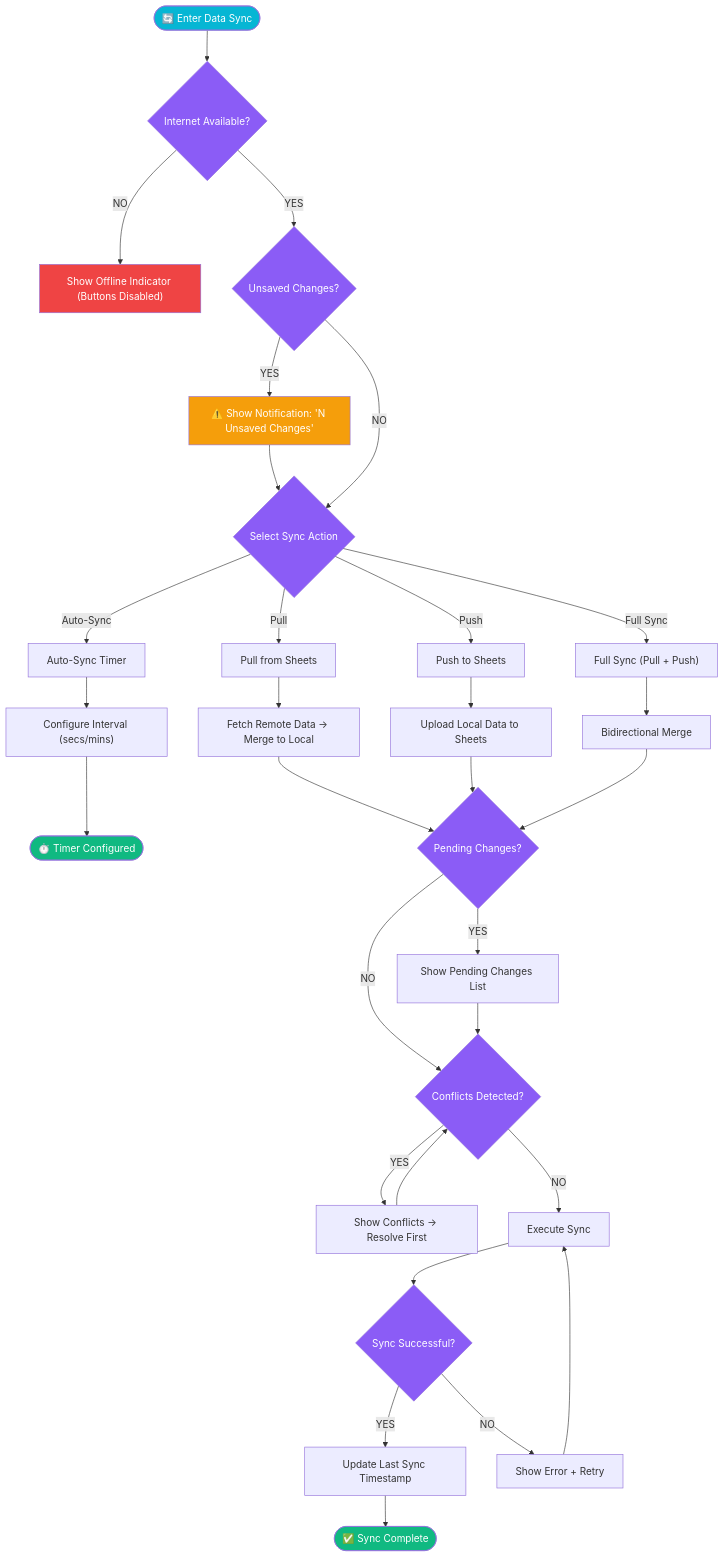
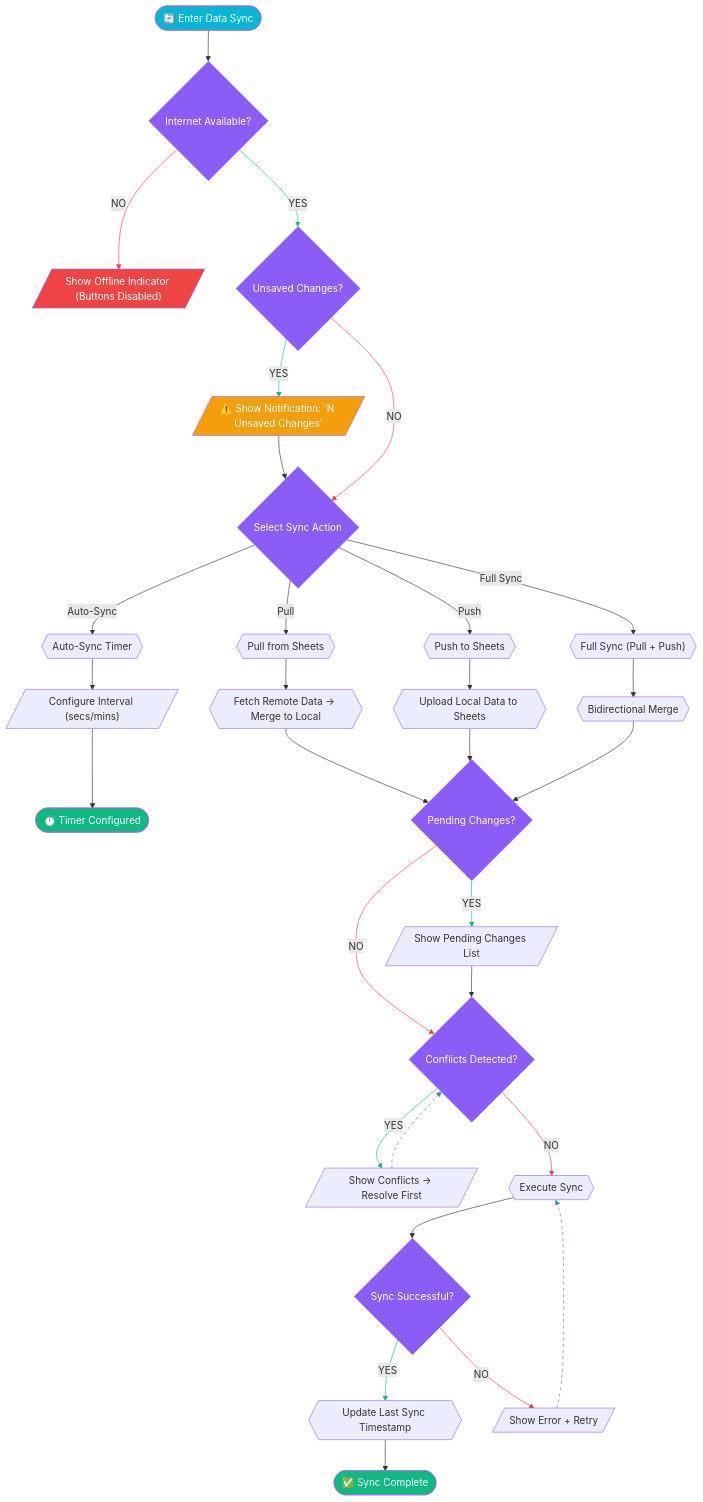
The seventh of 10 diagrams in docs/technical/alumni-db-flowcharts.md (rakuya-khun/alumni-db), drawn with Mermaid before and after one commit. The commit also changed other lines of this file, not shown here.

Commit message:
docs: flowchart mermaid markdown shape adjustment

````diff
--- a/docs/technical/alumni-db-flowcharts.md
+++ b/docs/technical/alumni-db-flowcharts.md
@@ -347,47 +378,59 @@
 ```mermaid
 flowchart TD
     A([🔄 Enter Data Sync]) --> B{Internet Available?}
-    B -- NO --> C["Show Offline Indicator (Buttons Disabled)"]
+    B -- NO --> C[/"Show Offline Indicator (Buttons Disabled)"/]
     B -- YES --> D{Unsaved Changes?}
-    D -- YES --> E["⚠️ Show Notification: 'N Unsaved Changes'"]
+    D -- YES --> E[/"⚠️ Show Notification: 'N Unsaved Changes'"/]
     E --> F
     D -- NO --> F{Select Sync Action}
 
-    F -- Pull --> G["Pull from Sheets"]
-    G --> H["Fetch Remote Data → Merge to Local"]
+    F -- Pull --> G{{"Pull from Sheets"}}
+    G --> H{{"Fetch Remote Data → Merge to Local"}}
 
-    F -- Push --> I["Push to Sheets"]
-    I --> J["Upload Local Data to Sheets"]
+    F -- Push --> I{{"Push to Sheets"}}
+    I --> J{{"Upload Local Data to Sheets"}}
 
-    F -- Full Sync --> K["Full Sync (Pull + Push)"]
-    K --> L["Bidirectional Merge"]
+    F -- Full Sync --> K{{"Full Sync (Pull + Push)"}}
+    K --> L{{"Bidirectional Merge"}}
 
-    F -- Auto-Sync --> M["Auto-Sync Timer"]
-    M --> N["Configure Interval (secs/mins)"]
+    F -- Auto-Sync --> M{{"Auto-Sync Timer"}}
+    M --> N[/"Configure Interval (secs/mins)"/]
     N --> O([⏱️ Timer Configured])
 
     H & J & L --> P{Pending Changes?}
-    P -- YES --> Q[Show Pending Changes List]
+    P -- YES --> Q[/"Show Pending Changes List"/]
     P -- NO --> R
     Q --> R{Conflicts Detected?}
-    R -- YES --> S["Show Conflicts → Resolve First"]
+    R -- YES --> S[/"Show Conflicts → Resolve First"/]
     S --> R
-    R -- NO --> T[Execute Sync]
+    R -- NO --> T{{"Execute Sync"}}
     T --> U{Sync Successful?}
-    U -- YES --> V["Update Last Sync Timestamp"]
+    U -- YES --> V{{"Update Last Sync Timestamp"}}
     V --> W([✅ Sync Complete])
-    U -- NO --> X["Show Error + Retry"]
+    U -- NO --> X[/"Show Error + Retry"/]
     X --> T
 
     style A fill:#06b6d4,color:#fff
     style W fill:#10b981,color:#fff
     style O fill:#10b981,color:#fff
     style C fill:#ef4444,color:#fff
     style B fill:#8b5cf6,color:#fff
     style D fill:#8b5cf6,color:#fff
     style F fill:#8b5cf6,color:#fff
     style P fill:#8b5cf6,color:#fff
     style R fill:#8b5cf6,color:#fff
     style U fill:#8b5cf6,color:#fff
     style E fill:#f59e0b,color:#fff
+    linkStyle 1 stroke:#ef4444
+    linkStyle 2 stroke:#10b981
+    linkStyle 3 stroke:#10b981
+    linkStyle 5 stroke:#ef4444
+    linkStyle 18 stroke:#10b981
+    linkStyle 19 stroke:#ef4444
+    linkStyle 21 stroke:#10b981
+    linkStyle 22 stroke:#3b82f6,stroke-dasharray:5
+    linkStyle 23 stroke:#ef4444
+    linkStyle 25 stroke:#10b981
+    linkStyle 27 stroke:#ef4444
+    linkStyle 28 stroke:#3b82f6,stroke-dasharray:5
 ```
````
